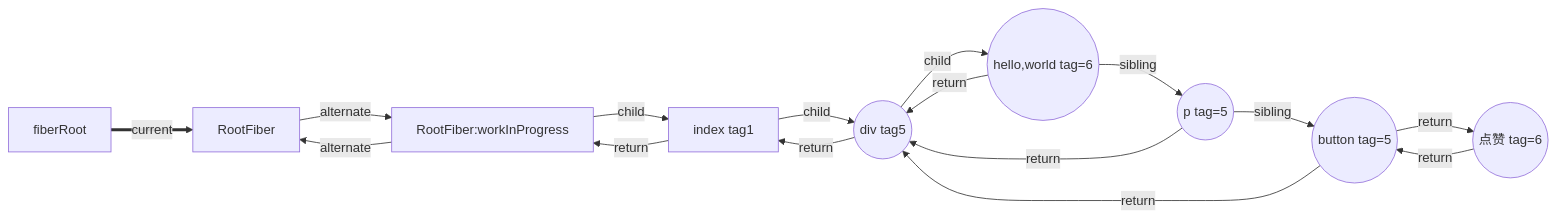
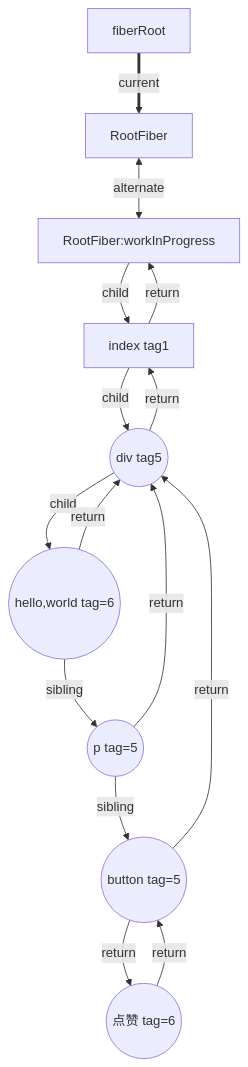
The second of 5 diagrams in 08-webpack-AST-babel/04_Ast_babel和React源码/03_Fiber更新机制/01_1_fiber概念.md (huiruo/code-record-manual), drawn with Mermaid before and after one commit. The commit also changed other lines of this file and 3 other files, not shown here.

Commit message:
feat: fiber流程图

````diff
--- a/08-webpack-AST-babel/04_Ast_babel和React源码/03_Fiber更新机制/01_1_fiber概念.md
+++ b/08-webpack-AST-babel/04_Ast_babel和React源码/03_Fiber更新机制/01_1_fiber概念.md
@@ -164,22 +146,24 @@
 ```mermaid
 %% graph TD
-graph LR
+%% graph LR
+%% flowchart  LR
+flowchart  TD
 1[fiberRoot]==current==>2[RootFiber]
 
-2 -->|alternate| RootFiber[RootFiber:workInProgress] -->|child| 4index[index tag1] --child--> div((div tag5)) --> |child|hello((hello,world tag=6))
+2 <-->|alternate| RootFiber[RootFiber:workInProgress] -->|child| 4index[index tag1] --child--> div((div tag5)) --> |child|hello((hello,world tag=6))
 
 p((p tag=5)) -->|sibling| button((button tag=5))-->|return|点赞((点赞 tag=6))
 
-RootFiber -->|alternate| 2
+%% RootFiber -->|alternate| 2
 4index -->|return| RootFiber
 div -->|return| 4index
 hello -->|return| div
 hello -->|sibling| p
 
 点赞 -->|return| button
 button -->|return| div
 p -->|return| div
 
 %% div -->|child| button
 %% div -->|child| p
 ```
````
